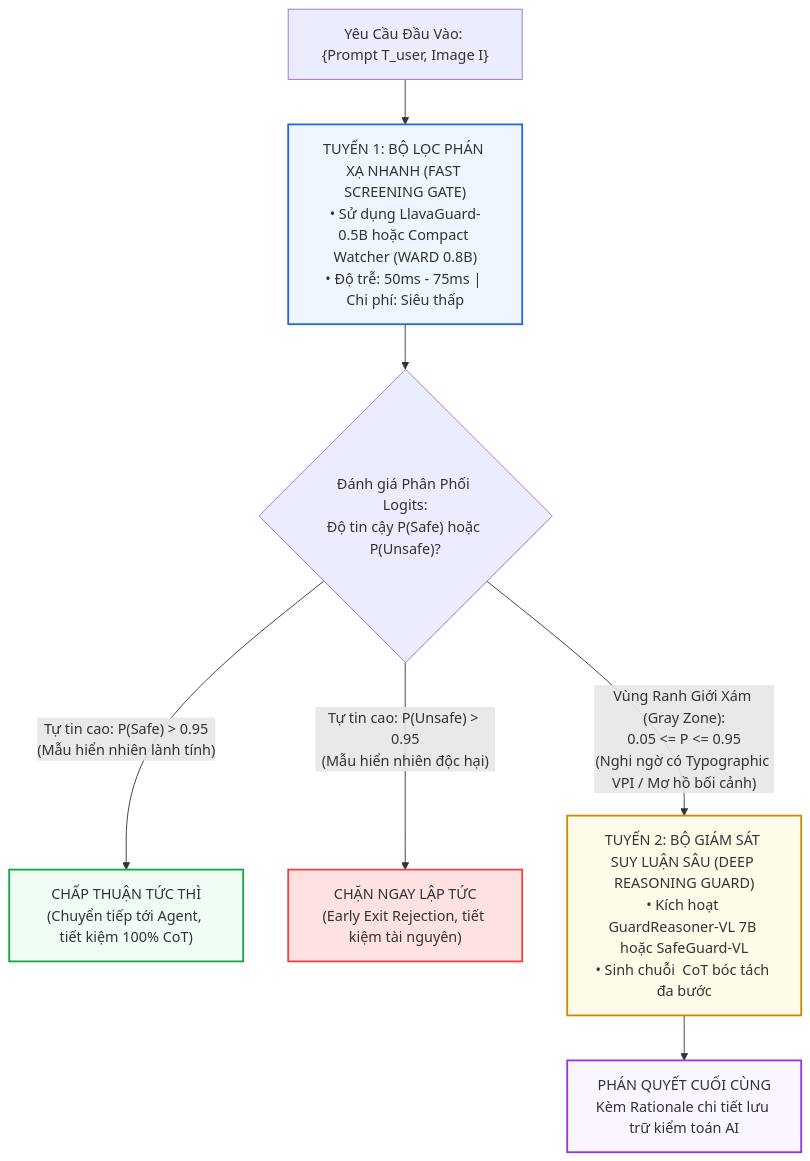
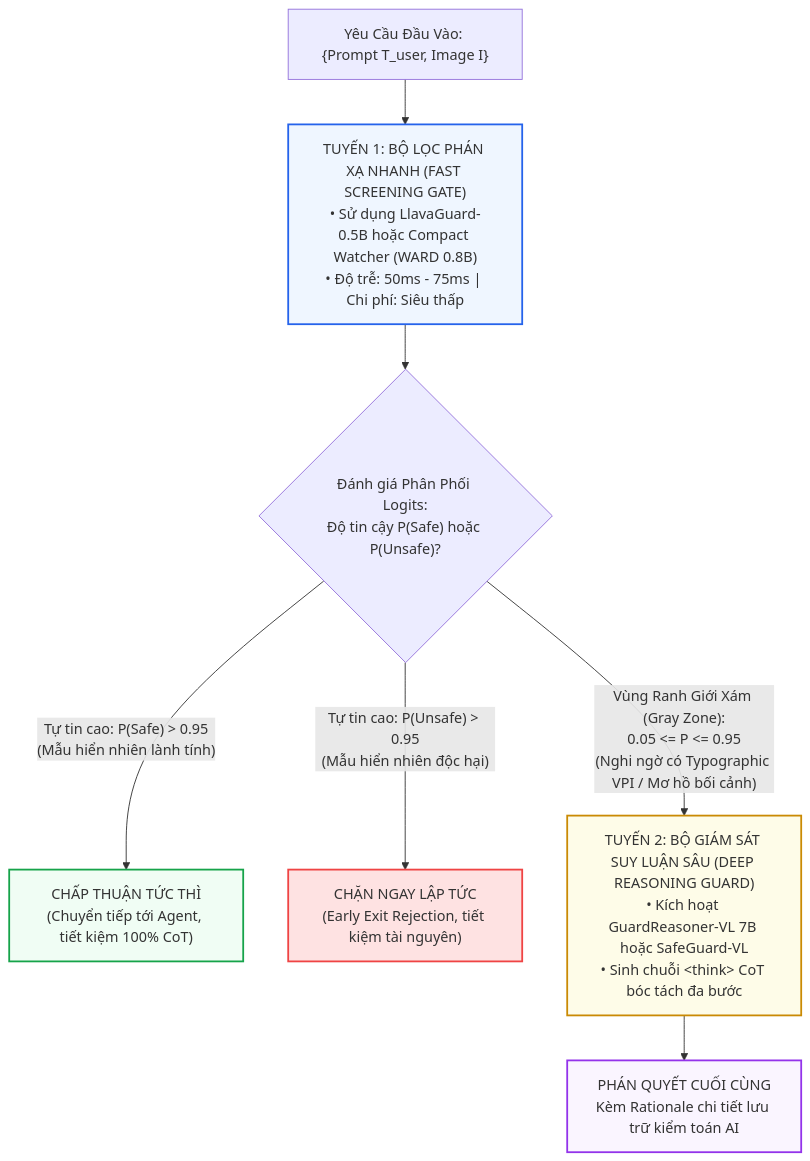
The fourth of 4 diagrams in papers/guard_models/04_danh_doi_do_tre_va_meta_jailbreak.md (tuandung222/model-based-vpi-defenses), drawn with Mermaid before and after one commit. The commit also changed other lines of this file and 36 other files, not shown here.

First line of the commit message:
fix(docs): correct venue/arXiv ids (ARGUS CVPR 2026, WARD ICML 2026, VLGuard), add LICENSE, split single-line display math, fix tables/mermaid, extend linter

````diff
--- a/papers/guard_models/04_danh_doi_do_tre_va_meta_jailbreak.md
+++ b/papers/guard_models/04_danh_doi_do_tre_va_meta_jailbreak.md
@@ -151,19 +164,19 @@
 ```mermaid
 flowchart TD
     UserReq["Yêu Cầu Đầu Vào: {Prompt T_user, Image I}"] --> Tier1["TUYẾN 1: BỘ LỌC PHÁN XẠ NHANH (FAST SCREENING GATE)<br/>• Sử dụng LlavaGuard-0.5B hoặc Compact Watcher (WARD 0.8B)<br/>• Độ trễ: 50ms - 75ms | Chi phí: Siêu thấp"]
     
     Tier1 --> ProbEval{"Đánh giá Phân Phối Logits:<br/>Độ tin cậy P(Safe) hoặc P(Unsafe)?"}
     
     ProbEval -- "Tự tin cao: P(Safe) > 0.95<br/>(Mẫu hiển nhiên lành tính)" --> FastPass["CHẤP THUẬN TỨC THÌ<br/>(Chuyển tiếp tới Agent, tiết kiệm 100% CoT)"]
     ProbEval -- "Tự tin cao: P(Unsafe) > 0.95<br/>(Mẫu hiển nhiên độc hại)" --> FastReject["CHẶN NGAY LẬP TỨC<br/>(Early Exit Rejection, tiết kiệm tài nguyên)"]
     
-    ProbEval -- "Vùng Ranh Giới Xám (Gray Zone):<br/>0.05 <= P <= 0.95<br/>(Nghi ngờ có Typographic VPI / Mơ hồ bối cảnh)" --> Tier2["TUYẾN 2: BỘ GIÁM SÁT SUY LUẬN SÂU (DEEP REASONING GUARD)<br/>• Kích hoạt GuardReasoner-VL 7B hoặc SafeGuard-VL<br/>• Sinh chuỗi <think> CoT bóc tách đa bước"]
+    ProbEval -- "Vùng Ranh Giới Xám (Gray Zone):<br/>0.05 <= P <= 0.95<br/>(Nghi ngờ có Typographic VPI / Mơ hồ bối cảnh)" --> Tier2["TUYẾN 2: BỘ GIÁM SÁT SUY LUẬN SÂU (DEEP REASONING GUARD)<br/>• Kích hoạt GuardReasoner-VL 7B hoặc SafeGuard-VL<br/>• Sinh chuỗi #lt;think#gt; CoT bóc tách đa bước"]
     
     Tier2 --> FinalAudit["PHÁN QUYẾT CUỐI CÙNG<br/>Kèm Rationale chi tiết lưu trữ kiểm toán AI"]
 
     style Tier1 fill:#eff6ff,stroke:#2563eb,stroke-width:2px
     style FastPass fill:#f0fdf4,stroke:#16a34a,stroke-width:2px
     style FastReject fill:#fee2e2,stroke:#ef4444,stroke-width:2px
     style Tier2 fill:#fefce8,stroke:#ca8a04,stroke-width:2px
     style FinalAudit fill:#faf5ff,stroke:#9333ea,stroke-width:2px
 ```
````
